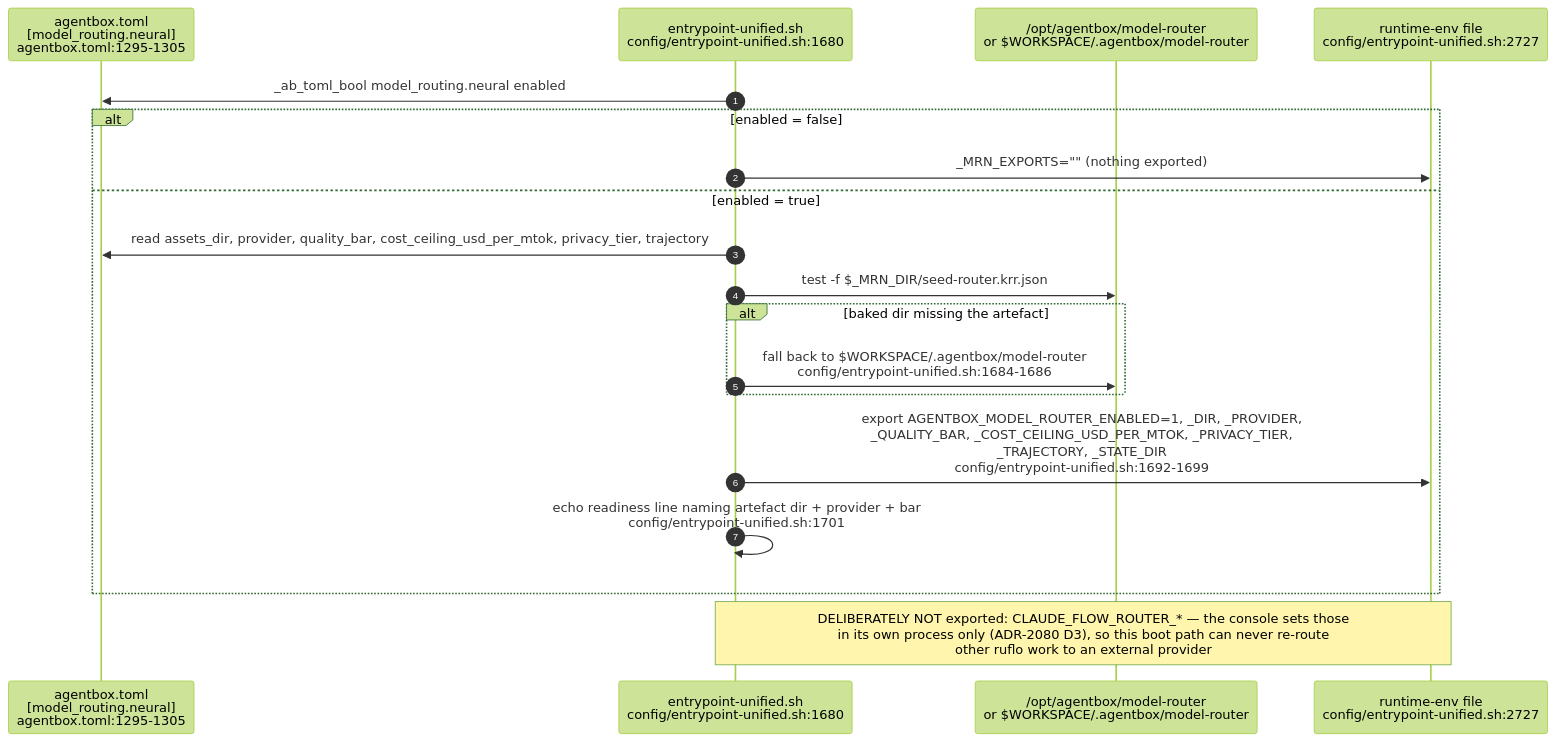
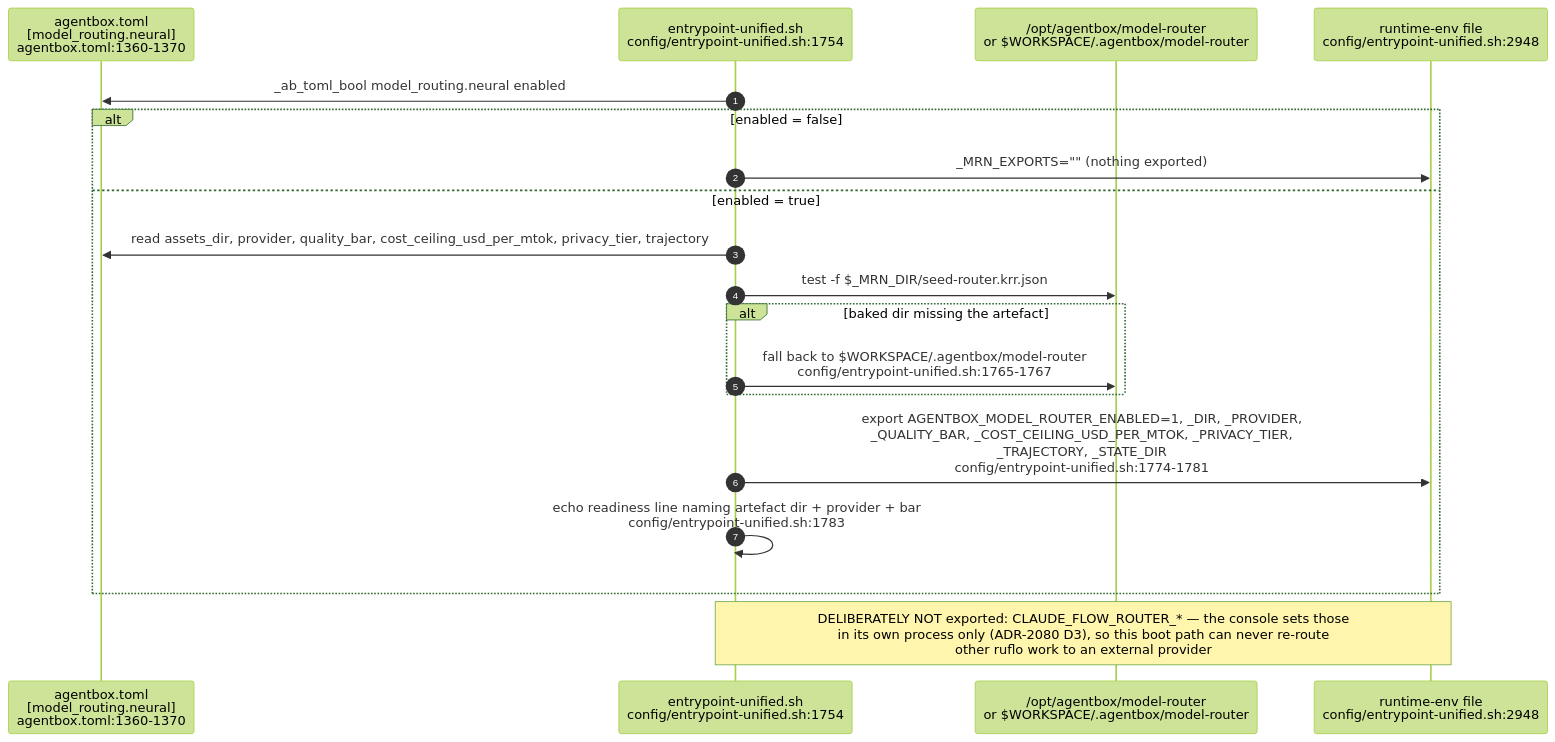
Before and after one commit to DreamLab-AI/VisionFlow: the second of 9 diagrams in docs/diagrams/agentbox/29-metaharness-router-console.md, drawn with Mermaid (forest theme). The commit also changed other lines of this file and 136 other files, not shown here.

First line of the commit message:
docs(diagrams): refresh the whole corpus to code HEAD and prune low-value diagrams

````diff
--- a/docs/diagrams/agentbox/29-metaharness-router-console.md
+++ b/docs/diagrams/agentbox/29-metaharness-router-console.md
@@ -64,22 +64,22 @@
 ```mermaid
 sequenceDiagram
     autonumber
-    participant TOML as agentbox.toml<br/>[model_routing.neural]<br/>agentbox.toml:1295-1305
-    participant EP as entrypoint-unified.sh<br/>config/entrypoint-unified.sh:1680
+    participant TOML as agentbox.toml<br/>[model_routing.neural]<br/>agentbox.toml:1360-1370
+    participant EP as entrypoint-unified.sh<br/>config/entrypoint-unified.sh:1754
     participant DISK as /opt/agentbox/model-router<br/>or $WORKSPACE/.agentbox/model-router
-    participant ENV as runtime-env file<br/>config/entrypoint-unified.sh:2727
+    participant ENV as runtime-env file<br/>config/entrypoint-unified.sh:2948
 
     EP->>TOML: _ab_toml_bool model_routing.neural enabled
     alt enabled = false
         EP->>ENV: _MRN_EXPORTS="" (nothing exported)
     else enabled = true
         EP->>TOML: read assets_dir, provider, quality_bar, cost_ceiling_usd_per_mtok, privacy_tier, trajectory
         EP->>DISK: test -f $_MRN_DIR/seed-router.krr.json
         alt baked dir missing the artefact
-            EP->>DISK: fall back to $WORKSPACE/.agentbox/model-router<br/>config/entrypoint-unified.sh:1684-1686
+            EP->>DISK: fall back to $WORKSPACE/.agentbox/model-router<br/>config/entrypoint-unified.sh:1765-1767
         end
-        EP->>ENV: export AGENTBOX_MODEL_ROUTER_ENABLED=1, _DIR, _PROVIDER,<br/>_QUALITY_BAR, _COST_CEILING_USD_PER_MTOK, _PRIVACY_TIER,<br/>_TRAJECTORY, _STATE_DIR<br/>config/entrypoint-unified.sh:1692-1699
-        EP->>EP: echo readiness line naming artefact dir + provider + bar<br/>config/entrypoint-unified.sh:1701
+        EP->>ENV: export AGENTBOX_MODEL_ROUTER_ENABLED=1, _DIR, _PROVIDER,<br/>_QUALITY_BAR, _COST_CEILING_USD_PER_MTOK, _PRIVACY_TIER,<br/>_TRAJECTORY, _STATE_DIR<br/>config/entrypoint-unified.sh:1774-1781
+        EP->>EP: echo readiness line naming artefact dir + provider + bar<br/>config/entrypoint-unified.sh:1783
     end
     Note over EP,ENV: DELIBERATELY NOT exported: CLAUDE_FLOW_ROUTER_* — the console sets those<br/>in its own process only (ADR-2080 D3), so this boot path can never re-route<br/>other ruflo work to an external provider
 ```
````
